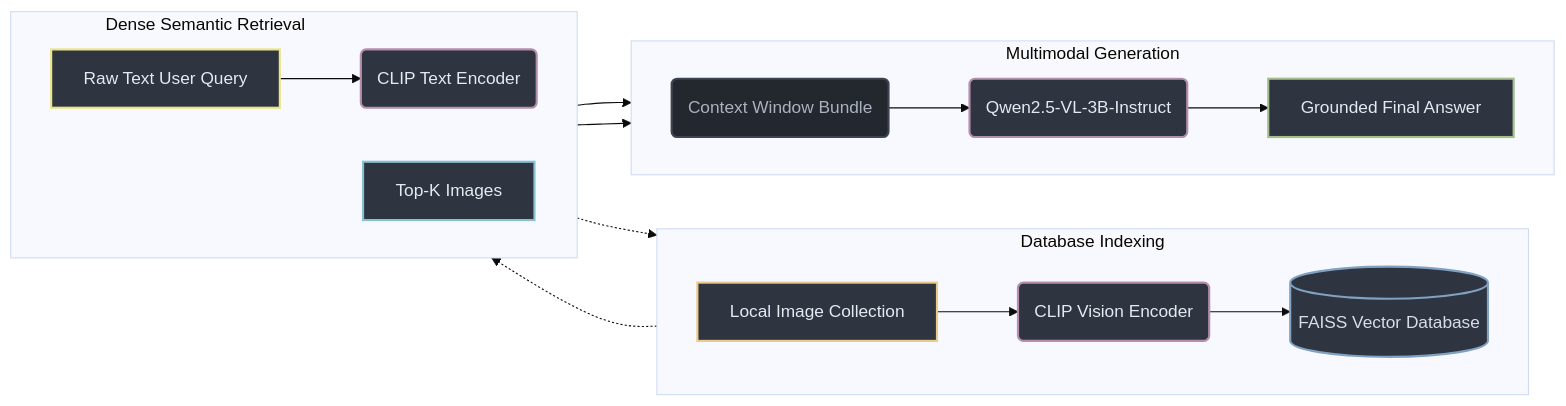
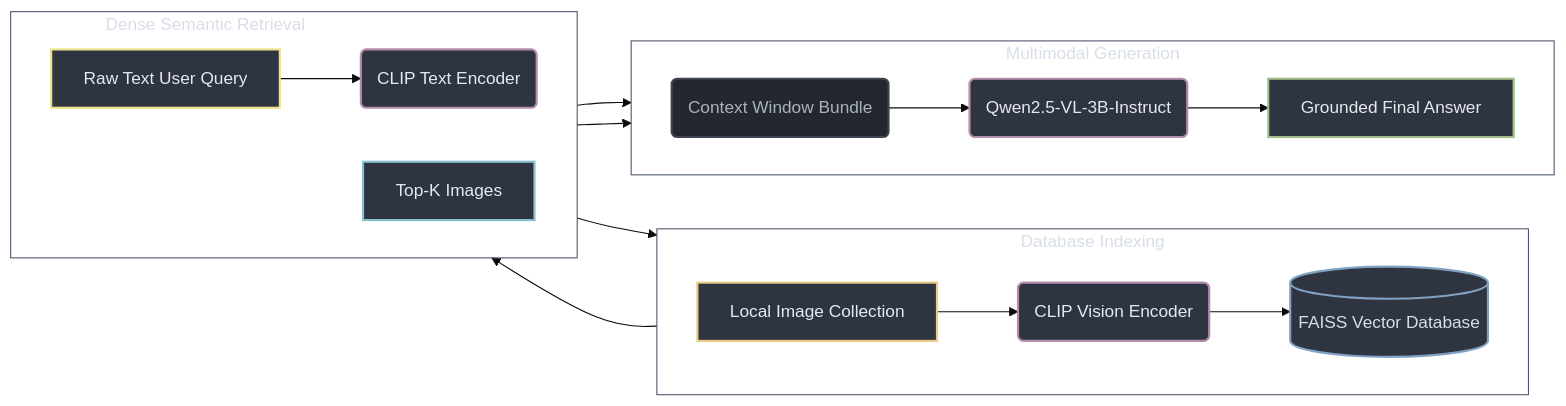
One commit to yuvalrubinil/VisualArchive changed the diagram in README.md. Above: the diagram before and after it, drawn with Mermaid (base theme).

Commit message:
readme update

````diff
--- a/README.md
+++ b/README.md
@@ -15,55 +15,61 @@
 ```mermaid 
 graph LR
     %% Define Styles and Colors
     classDef process fill:#23272e,stroke:#3e4451,stroke-width:2px,color:#abb2bf;
     classDef database fill:#2e3440,stroke:#81a1c1,stroke-width:2px,color:#d8dee9;
 
     %% Different input colors
     classDef imageInput fill:#2e3440,stroke:#ebcb8b,stroke-width:2px,color:#e5e9f0;
     classDef textInput fill:#2e3440,stroke:#ebe38b,stroke-width:2px,color:#e5e9f0;
    
     %% Models
     classDef model fill:#2e3440,stroke:#b48ead,stroke-width:2px,color:#e5e9f0;
 
     %% Retrieval output similar to DB
     classDef retrievalK fill:#2e3440,stroke:#88c0d0,stroke-width:2px,color:#e5e9f0;
     classDef retrieval fill:#2e3440,stroke:#a3be8c,stroke-width:2px,color:#e5e9f0;
+
     %% Invisible spacer style
     classDef invisible fill:transparent,stroke:transparent,color:transparent;
+
+    %% Make subgraphs transparent
+    style Indexing fill:transparent,stroke:#4c566a,color:#d8dee9
+    style Retrieval fill:transparent,stroke:#4c566a,color:#d8dee9
+    style Generation fill:transparent,stroke:#4c566a,color:#d8dee9
 
     %% 1. Database Indexing Path
     subgraph Indexing ["Database Indexing"]
         direction LR
         A[Local Image Collection] --> B(CLIP Vision Encoder)
         B --> C[(FAISS Vector Database)]
     end
 
     %% Spacer node to improve layout
     X[" "]:::invisible
 
     %% 2. Dense Semantic Retrieval Path
     subgraph Retrieval ["Dense Semantic Retrieval⠀⠀⠀⠀⠀⠀⠀⠀⠀⠀⠀⠀⠀⠀"]
         direction LR
         D[Raw Text User Query] --> E(CLIP Text Encoder)
-        E -.-> C
-        C -.-> F[Top-K Images]
+        E --> C
+        C --> F[Top-K Images]
     end
 
     %% 3. Multimodal Generation Path
     subgraph Generation ["Multimodal Generation"]
         direction LR
         F --> H(Context Window Bundle)
         D --> H
         H --> I(Qwen2.5-VL-3B-Instruct)
         I --> J[Grounded Final Answer]
     end
 
     %% Assign Classes
     class A imageInput;
     class D textInput;
     class B,E,I model;
     class C database;
     class F retrievalK;
     class H process;
     class J retrieval;
 ```
````
